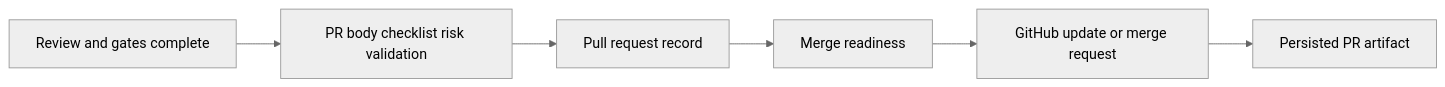
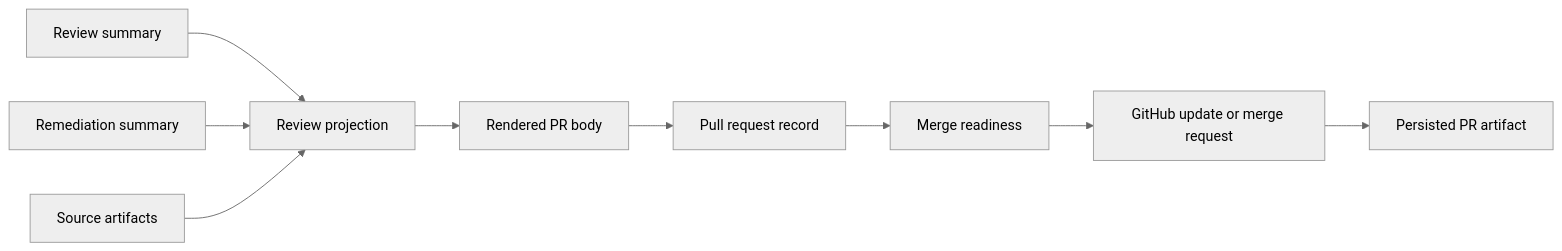
The diagram in packages/prs/README.md (VannaDii/ironloom), drawn with Mermaid (neutral theme) before and after one commit. The commit also changed other lines of this file and 14 other files, not shown here.

Commit message:
feat: enrich pull request projections

````diff
--- a/packages/prs/README.md
+++ b/packages/prs/README.md
@@ -11,8 +11,11 @@
 ```mermaid
 flowchart LR
-  Review[Review and gates complete] --> Projection[PR body checklist risk validation]
-  Projection --> Record[Pull request record]
+  Review[Review summary] --> Projection[Review projection]
+  Remediation[Remediation summary] --> Projection
+  Artifacts[Source artifacts] --> Projection
+  Projection --> Body[Rendered PR body]
+  Body --> Record[Pull request record]
   Record --> MergeReady[Merge readiness]
   MergeReady --> GitHub[GitHub update or merge request]
   GitHub --> Audit[Persisted PR artifact]
 ```
````
